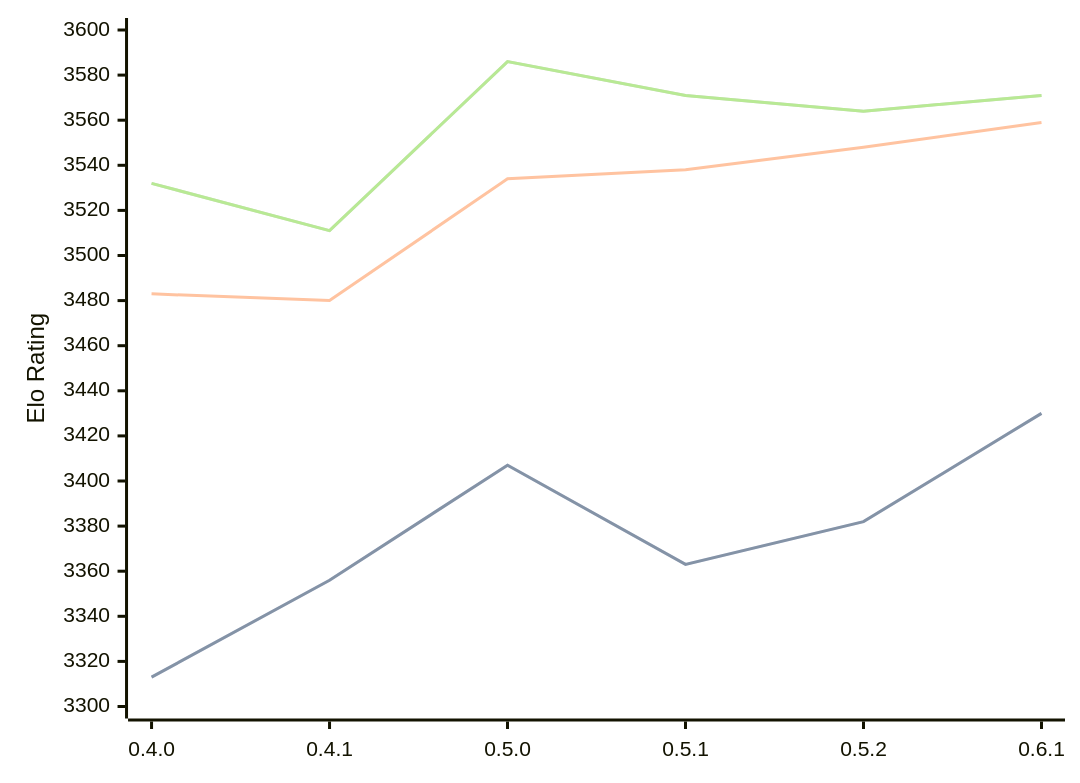
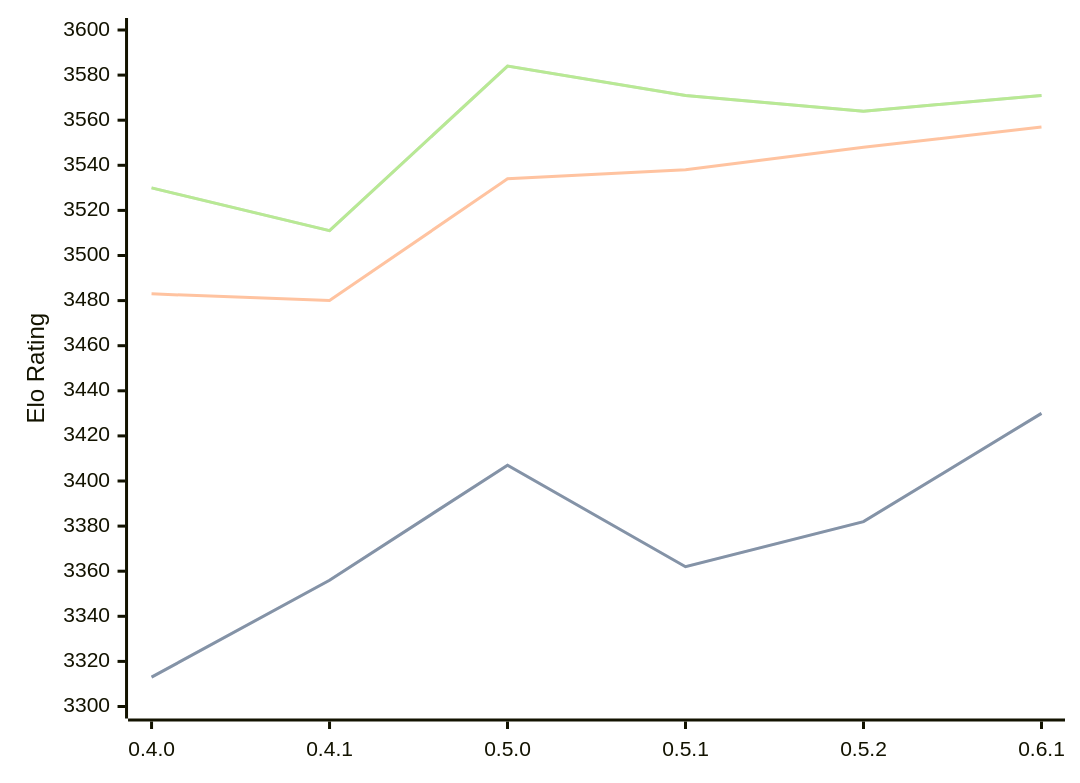
The diagram in engines/Cinder.md (computer-chess-index/cci), drawn with Mermaid before and after one commit. The commit also changed other lines of this file, not shown here.

Commit message:
Update CCI Ratings (ELO VLTC) - 2026-09-12

````diff
--- a/engines/Cinder.md
+++ b/engines/Cinder.md
@@ -37,11 +37,11 @@
 ```mermaid
 %%{init: {"theme":"base","themeVariables":{"seriesColors:['#a3a3a3','#222221','#faa371']}}}%%
 xychart-beta
   x-axis ["0.4.0", "0.4.1", "0.5.0", "0.5.1", "0.5.2", "0.6.1"]
   y-axis "Elo Rating" 3300 --> 3600
-  line "" [3313, 3356, 3407, 3363, 3382, 3430]
-  line "STC (8.0+0.08s)" [3313, 3356, 3407, 3363, 3382, 3430]
-  line "LTC (60.0+0.60s)" [3483, 3480, 3534, 3538, 3548, 3559]
-  line "" [3532, 3511, 3586, 3571, 3564, 3571]
-  line "VLTC (2m24s+1.12s)" [3532, 3511, 3586, 3571, 3564, 3571]
+  line "" [3313, 3356, 3407, 3362, 3382, 3430]
+  line "STC (8.0+0.08s)" [3313, 3356, 3407, 3362, 3382, 3430]
+  line "LTC (60.0+0.60s)" [3483, 3480, 3534, 3538, 3548, 3557]
+  line "" [3530, 3511, 3584, 3571, 3564, 3571]
+  line "VLTC (2m24s+1.12s)" [3530, 3511, 3584, 3571, 3564, 3571]
 ```
````
